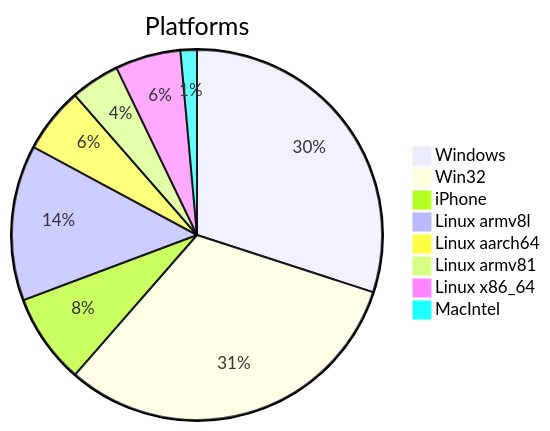
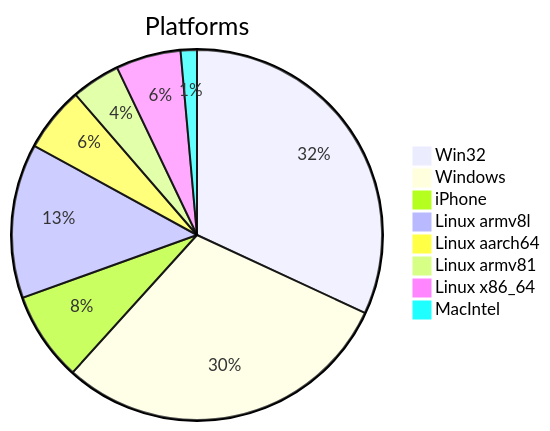
One commit to Krugou/socials changed the first of 2 diagrams in DATA_REPORT.md. Above: the diagram before and after it, drawn with Mermaid. The commit also changed other lines of this file and 2 other files, not shown here.

````diff
--- a/DATA_REPORT.md
+++ b/DATA_REPORT.md
@@ -9,11 +9,11 @@
 ```mermaid
 pie title Platforms
+    "Win32" : 45
     "Windows" : 42
-    "Win32" : 44
     "iPhone" : 11
     "Linux armv8l" : 19
     "Linux aarch64" : 8
     "Linux armv81" : 6
     "Linux x86_64" : 8
     "MacIntel" : 2
 ```
````
